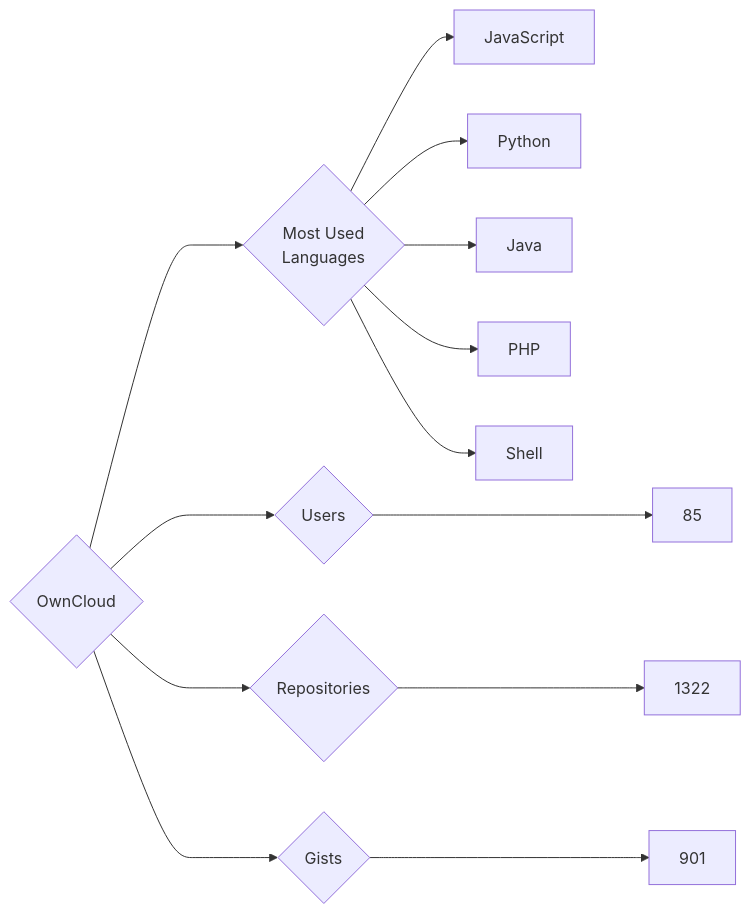
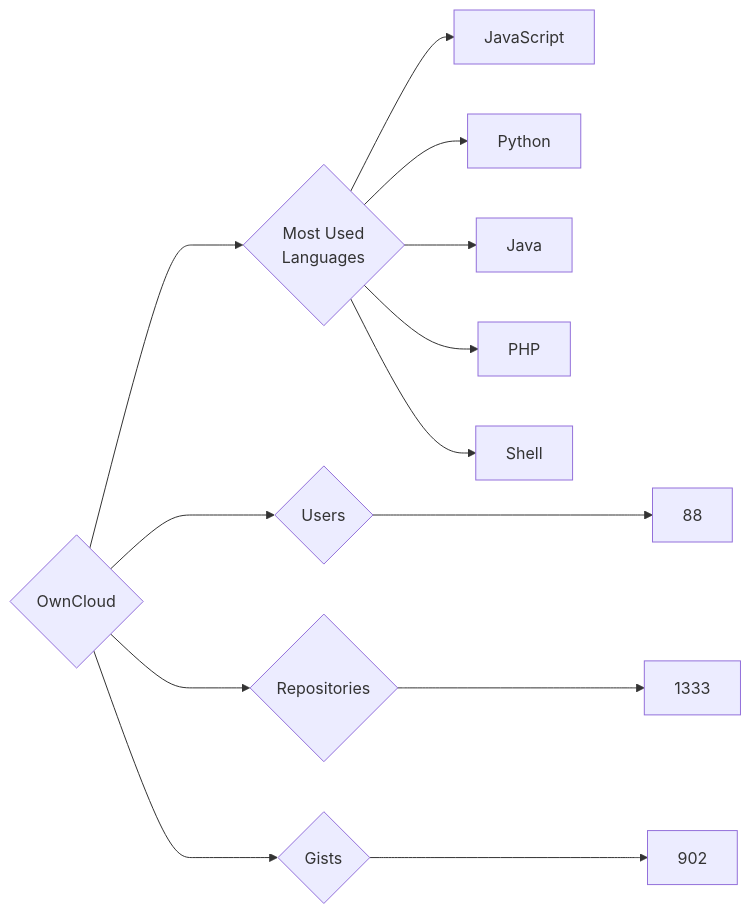
The diagram in targets/OwnCloud/README.md (trickest/insiders), drawn with Mermaid before and after one commit. The commit also changed 839 other files, not shown here.

````diff
--- a/targets/OwnCloud/README.md
+++ b/targets/OwnCloud/README.md
@@ -3,13 +3,13 @@
 ```mermaid
 graph LR
 COMPANY_NAME{OwnCloud}
-COMPANY_NAME ---> U{Users} ---> UN[85]
-COMPANY_NAME ---> R{Repositories} ---> RN[1322]
-COMPANY_NAME ---> G{Gists} ---> GN[901]
+COMPANY_NAME ---> U{Users} ---> UN[88]
+COMPANY_NAME ---> R{Repositories} ---> RN[1333]
+COMPANY_NAME ---> G{Gists} ---> GN[902]
 COMPANY_NAME ---> ML{Most Used<br>Languages}
 ML --> JavaScript[JavaScript]
 ML --> Python[Python]
 ML --> Java[Java]
 ML --> PHP[PHP]
 ML --> Shell[Shell]
 ```
````
